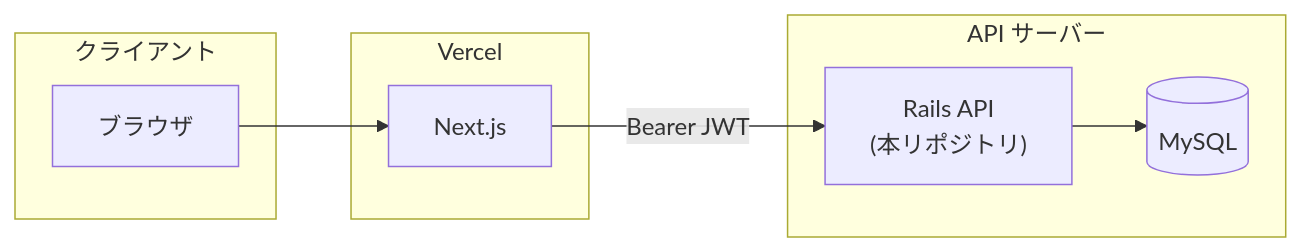
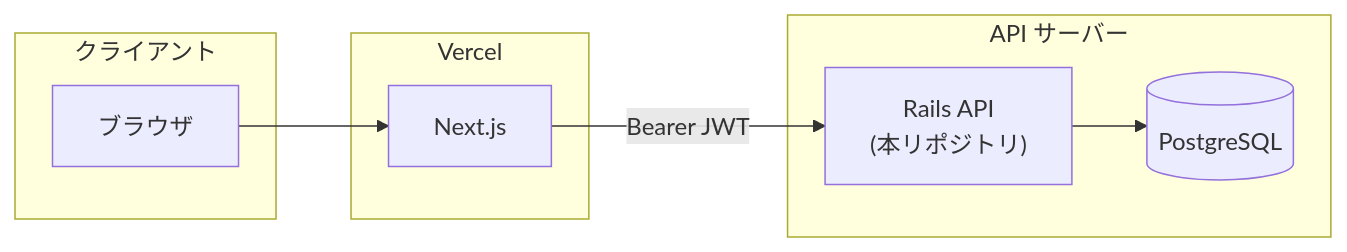
The first of 2 diagrams in README.md (shirait/portfolio-backend), drawn with Mermaid before and after one commit. The commit also changed other lines of this file, not shown here.

````diff
--- a/README.md
+++ b/README.md
@@ -52,19 +52,19 @@
 ```mermaid
 flowchart LR
   subgraph Client["クライアント"]
     Browser["ブラウザ"]
   end
 
   subgraph Frontend["Vercel"]
     Next["Next.js"]
   end
 
   subgraph Backend["API サーバー"]
     Rails["Rails API\n(本リポジトリ)"]
-    DB[(MySQL)]
+    DB[(PostgreSQL)]
   end
 
   Browser --> Next
   Next -->|"Bearer JWT\n"| Rails
   Rails --> DB
 ```
````
